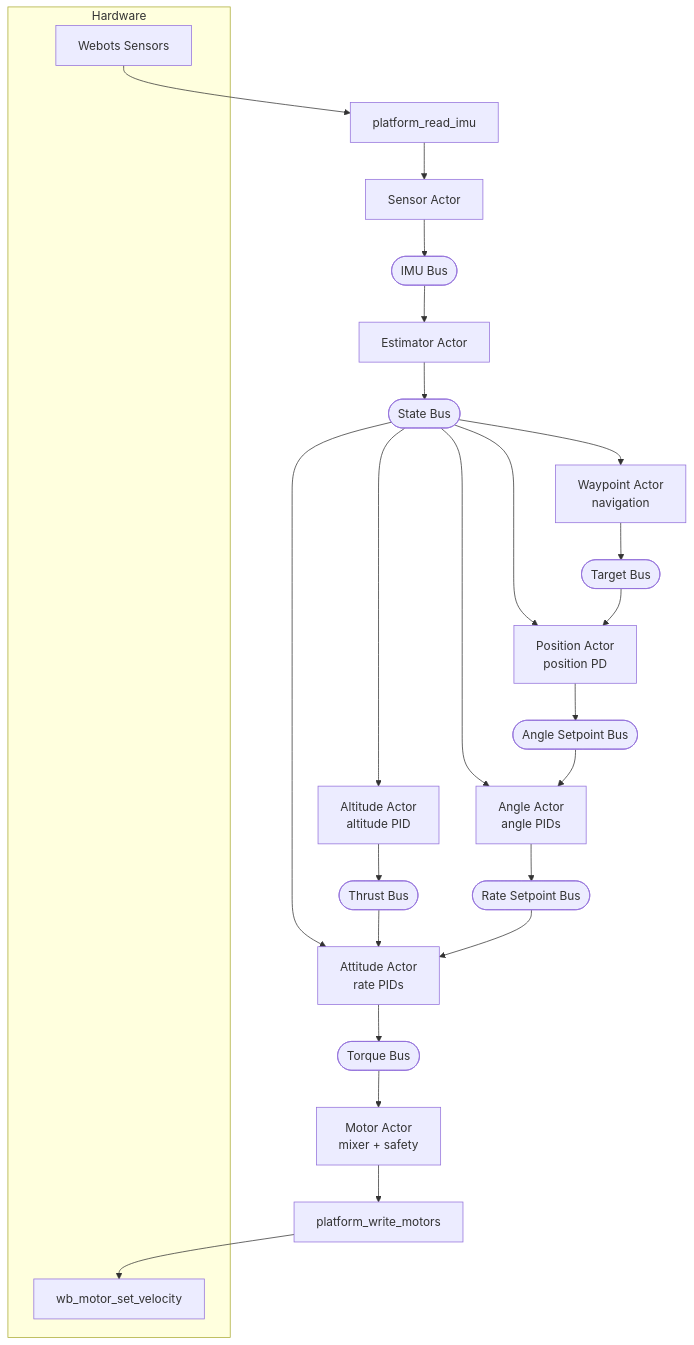
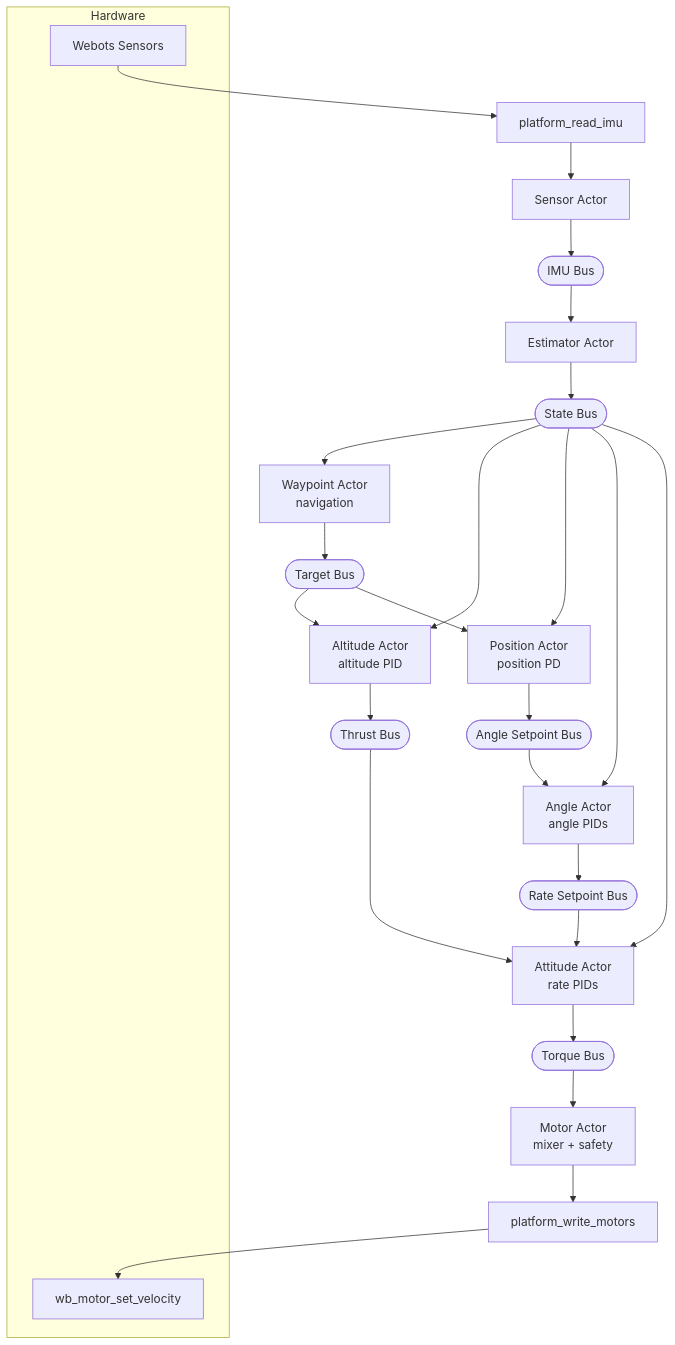
The second of 3 diagrams in examples/pilot/SPEC.md (joagre/rt), drawn with Mermaid before and after one commit. The commit also changed other lines of this file and 7 other files, not shown here.

First line of the commit message:
Add altitude to waypoints for 3D navigation

````diff
--- a/examples/pilot/SPEC.md
+++ b/examples/pilot/SPEC.md
@@ -142,35 +143,36 @@
 ```mermaid
 graph TB
     subgraph HW["Hardware"]
         Sensors[Webots Sensors]
         Motors[wb_motor_set_velocity]
     end
 
     ReadIMU[platform_read_imu]
     WriteMotors[platform_write_motors]
 
     Sensors --> ReadIMU --> Sensor[Sensor Actor]
     Sensor --> IMUBus([IMU Bus])
     IMUBus --> Estimator[Estimator Actor]
     Estimator --> StateBus([State Bus])
 
+    StateBus --> Waypoint[Waypoint Actor<br/>navigation]
     StateBus --> Altitude[Altitude Actor<br/>altitude PID]
-    StateBus --> Waypoint[Waypoint Actor<br/>navigation]
     StateBus --> Position[Position Actor<br/>position PD]
     StateBus --> Angle[Angle Actor<br/>angle PIDs]
     StateBus --> Attitude[Attitude Actor<br/>rate PIDs]
 
+    Waypoint --> TargetBus([Target Bus])
+    TargetBus --> Altitude
+    TargetBus --> Position
     Altitude --> ThrustBus([Thrust Bus])
     ThrustBus --> Attitude
-    Waypoint --> TargetBus([Target Bus])
-    TargetBus --> Position
     Position --> AngleSP([Angle Setpoint Bus])
     AngleSP --> Angle
     Angle --> RateSP([Rate Setpoint Bus])
     RateSP --> Attitude
 
     Attitude --> TorqueBus([Torque Bus])
     TorqueBus --> Motor[Motor Actor<br/>mixer + safety]
 
     Motor --> WriteMotors --> Motors
 ```
````
